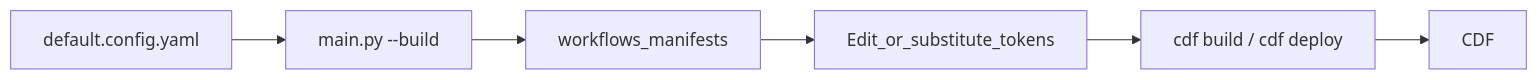
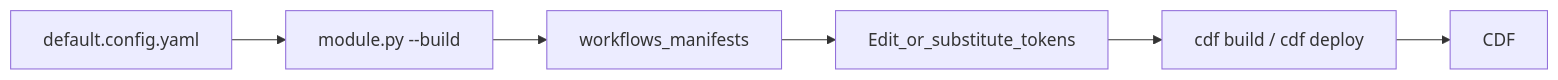
The diagram in modules/accelerators/contextualization/cdf_key_extraction_aliasing/docs/guides/howto_scoped_deployment.md (cognitedata/library), drawn with Mermaid before and after one commit. The commit also changed other lines of this file and 26 other files, not shown here.

````diff
--- a/modules/accelerators/contextualization/cdf_key_extraction_aliasing/docs/guides/howto_scoped_deployment.md
+++ b/modules/accelerators/contextualization/cdf_key_extraction_aliasing/docs/guides/howto_scoped_deployment.md
@@ -9,15 +9,15 @@
 ```mermaid
 flowchart LR
   defaultConfig[default.config.yaml]
-  buildRun["main.py --build"]
+  buildRun["module.py --build"]
   workflowsDir[workflows_manifests]
   editTokens[Edit_or_substitute_tokens]
   cdfDeploy["cdf build / cdf deploy"]
   cdf[CDF]
 
   defaultConfig --> buildRun
   buildRun --> workflowsDir
   workflowsDir --> editTokens
   editTokens --> cdfDeploy
   cdfDeploy --> cdf
 ```
````
